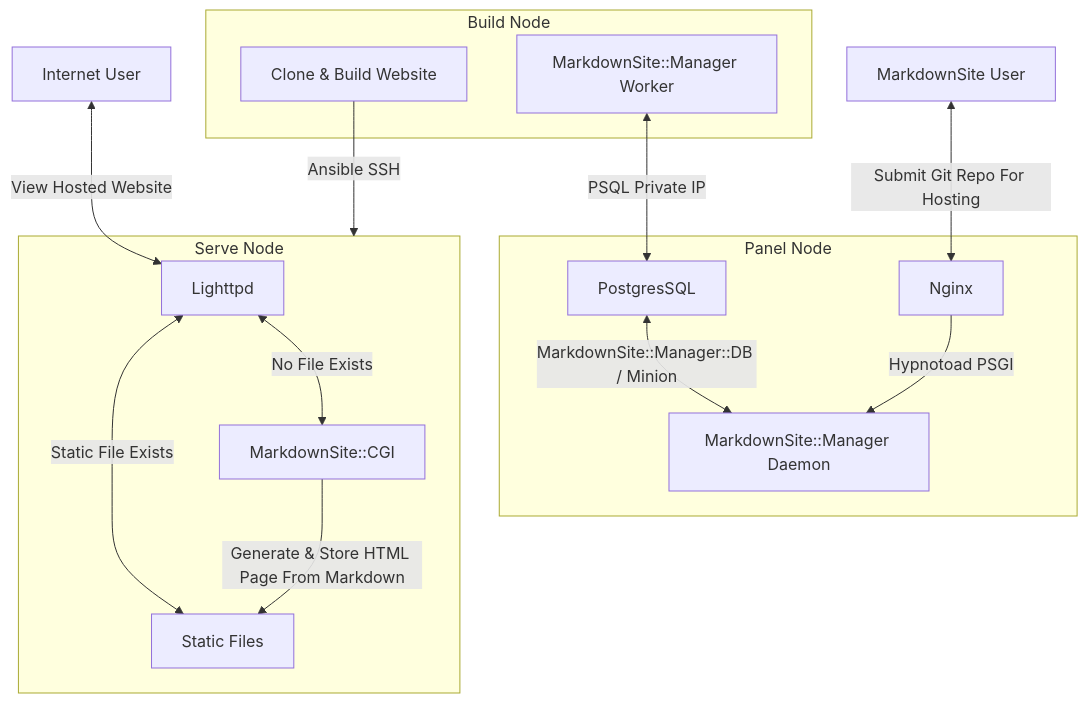
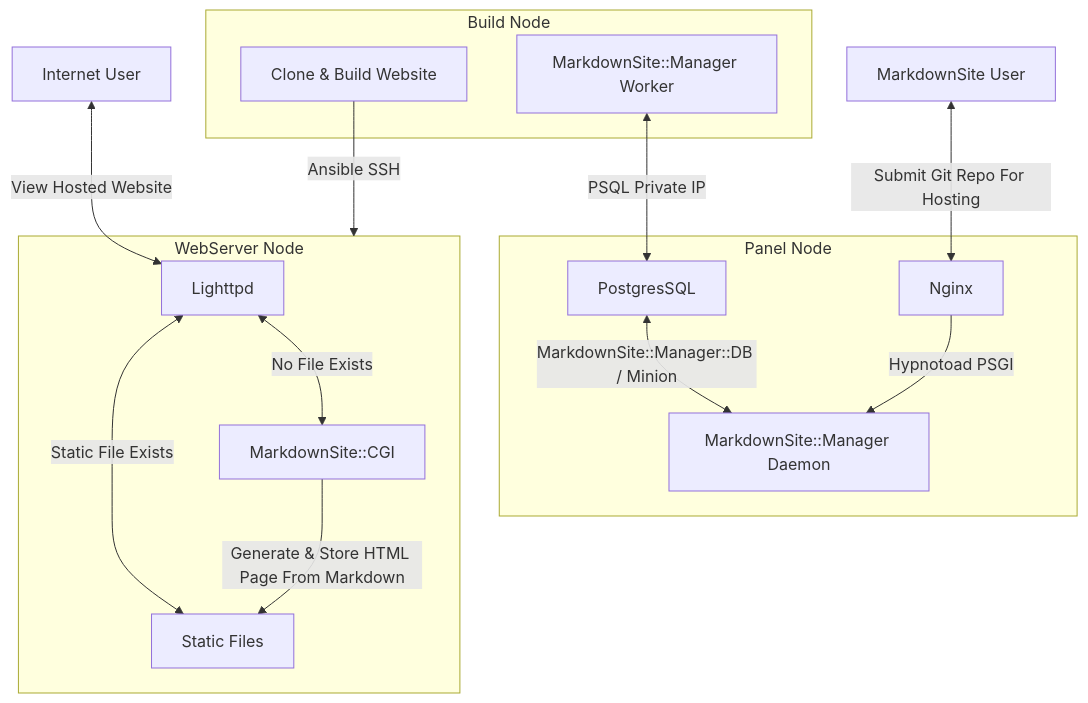
Before and after one commit to symkat/MarkdownSite: the diagram in README.md, drawn with Mermaid. The commit also changed other lines of this file, not shown here.

````diff
--- a/README.md
+++ b/README.md
@@ -17,28 +27,28 @@
 ```mermaid
 flowchart TB
     subgraph one[Panel Node]
     a1[PostgresSQL]
     a2[MarkdownSite::Manager Daemon]
     a3[Nginx]
     a1 <-- MarkdownSite::Manager::DB / Minion--> a2
     a3 -- Hypnotoad PSGI --> a2
 
     end
     subgraph two[Build Node]
     b1[Clone & Build Website]
     b2[MarkdownSite::Manager Worker]
     b2 <-- PSQL Private IP --> a1
     end
-    subgraph three[Serve Node]
+    subgraph three[WebServer Node]
     c1[Lighttpd]
     c2[Static Files]
     c3[MarkdownSite::CGI]
     c1 <-- Static File Exists --> c2
     c1 <-- No File Exists--> c3
     c3 -- Generate & Store HTML Page From Markdown--> c2  
     end
 
     b1 -- Ansible SSH--> three
     q[Internet User] <-- View Hosted Website -->c1
     z[MarkdownSite User] <-- Submit Git Repo For Hosting -->a3
 ```
````
